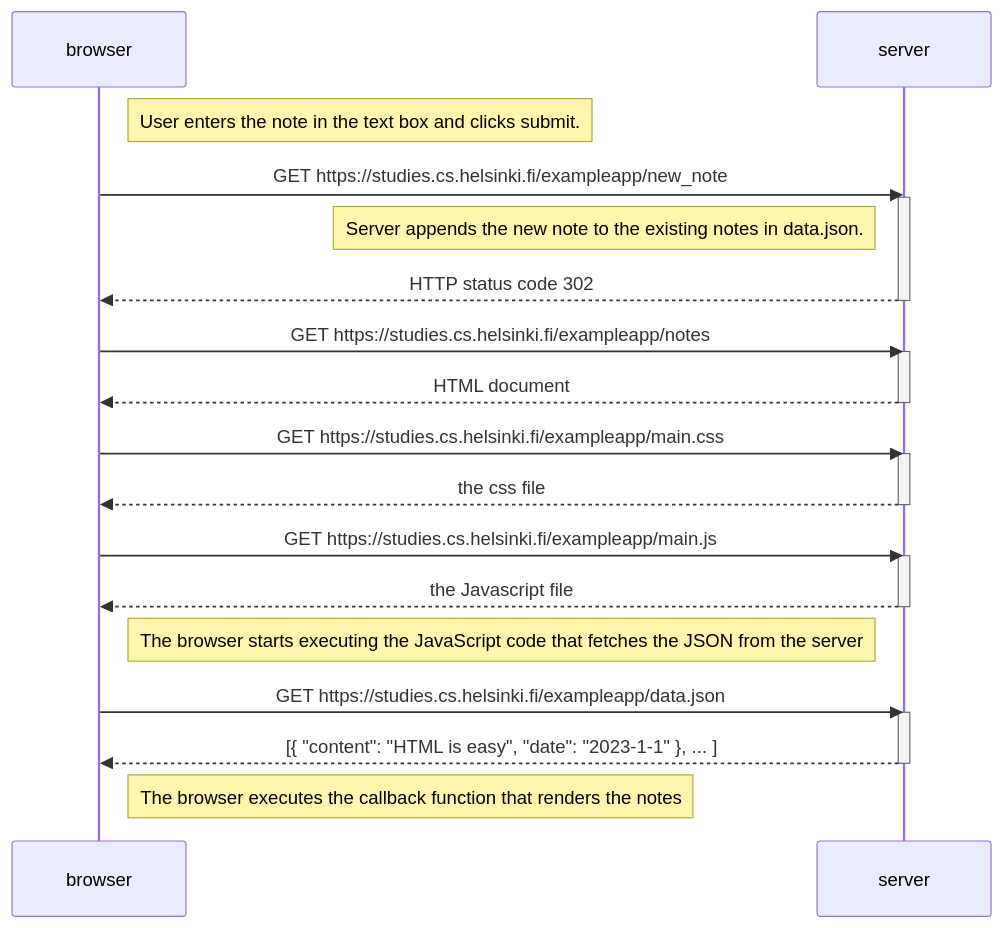
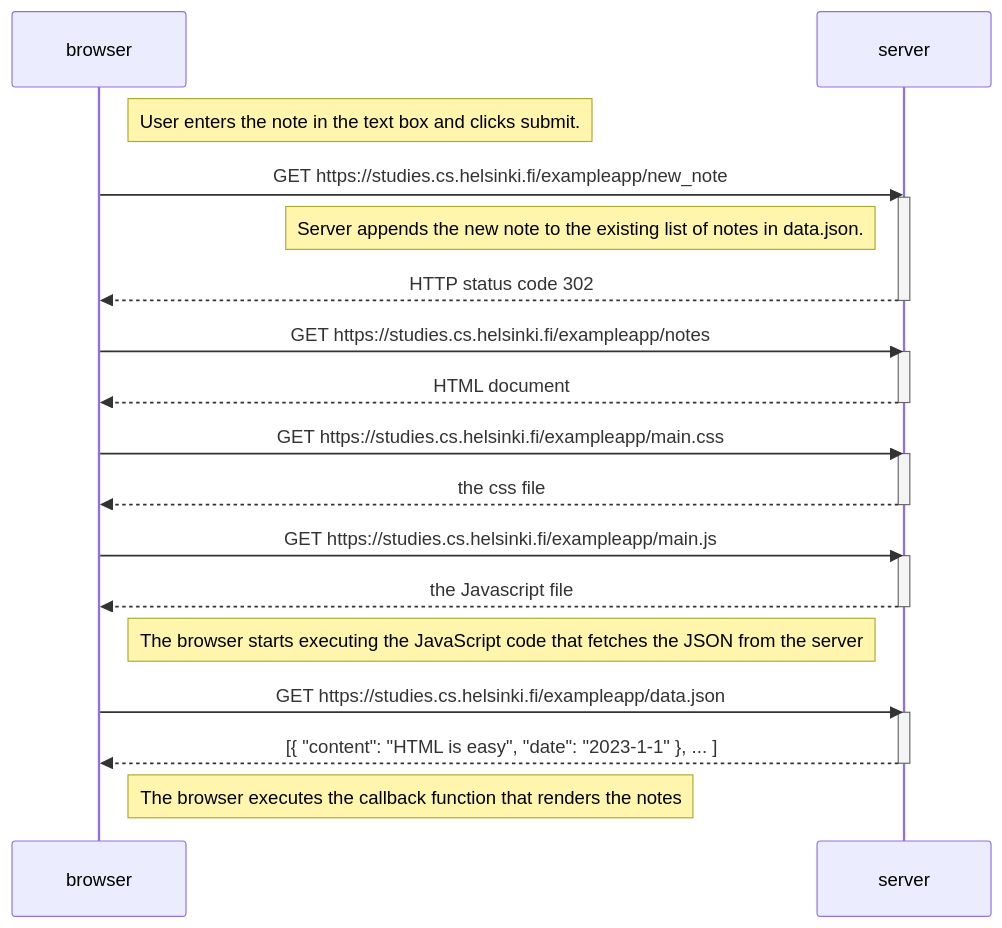
Before and after one commit to Pranathi-star/Full-Stack-Open-Deep-Dive-Into-Modern-Web-Development: the diagram in part0/Exercise_0.4.mmd, drawn with Mermaid.

Commit message:
Modified solution for Exercise 0.4

```diff
--- a/part0/Exercise_0.4.mmd
+++ b/part0/Exercise_0.4.mmd
@@ -1,37 +1,37 @@
 sequenceDiagram
     participant browser
     participant server
 
     Note right of browser: User enters the note in the text box and clicks submit. 
     
     browser->>server: GET https://studies.cs.helsinki.fi/exampleapp/new_note
     activate server
     
-    Note left of server: Server appends the new note to the existing notes in data.json.
+    Note left of server: Server appends the new note to the existing list of notes in data.json.
 
     server-->>browser: HTTP status code 302
     deactivate server
 
     browser->>server: GET https://studies.cs.helsinki.fi/exampleapp/notes
     activate server
     server-->>browser: HTML document
     deactivate server
 
     browser->>server: GET https://studies.cs.helsinki.fi/exampleapp/main.css
     activate server
     server-->>browser: the css file
     deactivate server
 
     browser->>server: GET https://studies.cs.helsinki.fi/exampleapp/main.js
     activate server
     server-->>browser: the Javascript file
     deactivate server
 
     Note right of browser: The browser starts executing the JavaScript code that fetches the JSON from the server
 
     browser->>server: GET https://studies.cs.helsinki.fi/exampleapp/data.json
     activate server
     server-->>browser: [{ "content": "HTML is easy", "date": "2023-1-1" }, ... ]
     deactivate server
 
     Note right of browser: The browser executes the callback function that renders the notes
```
